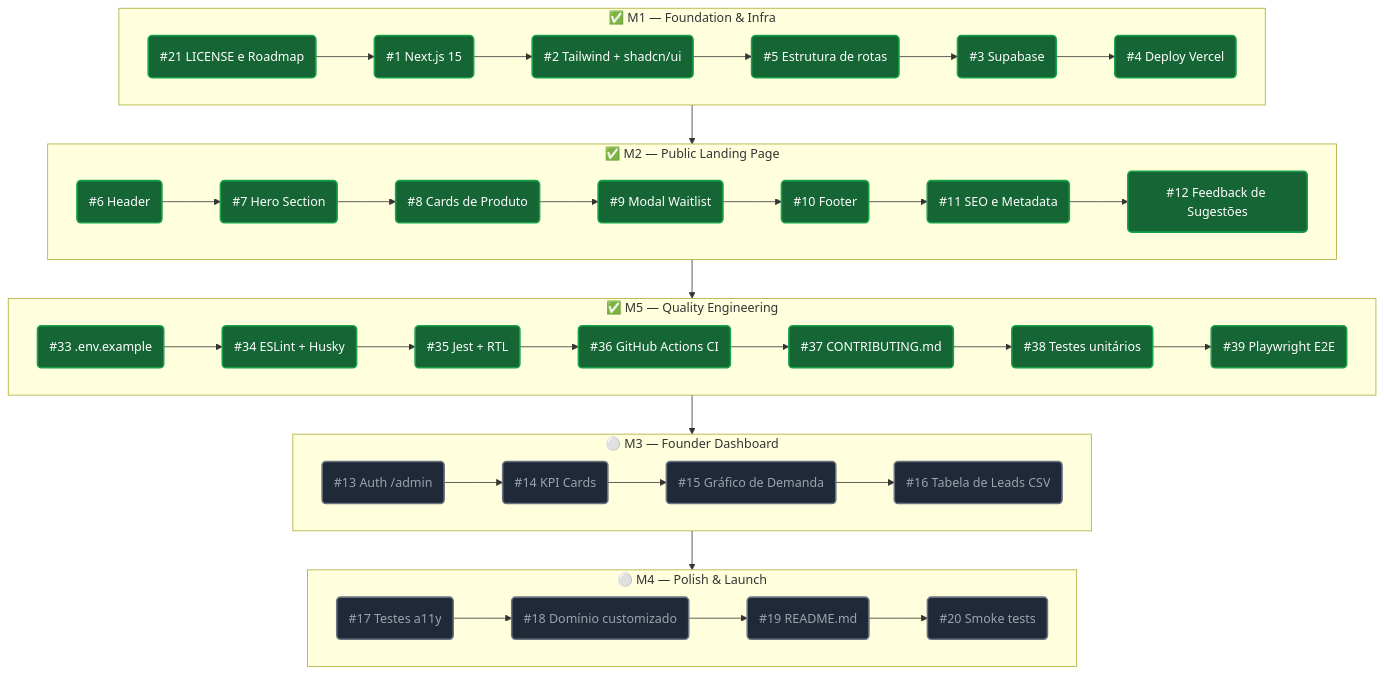
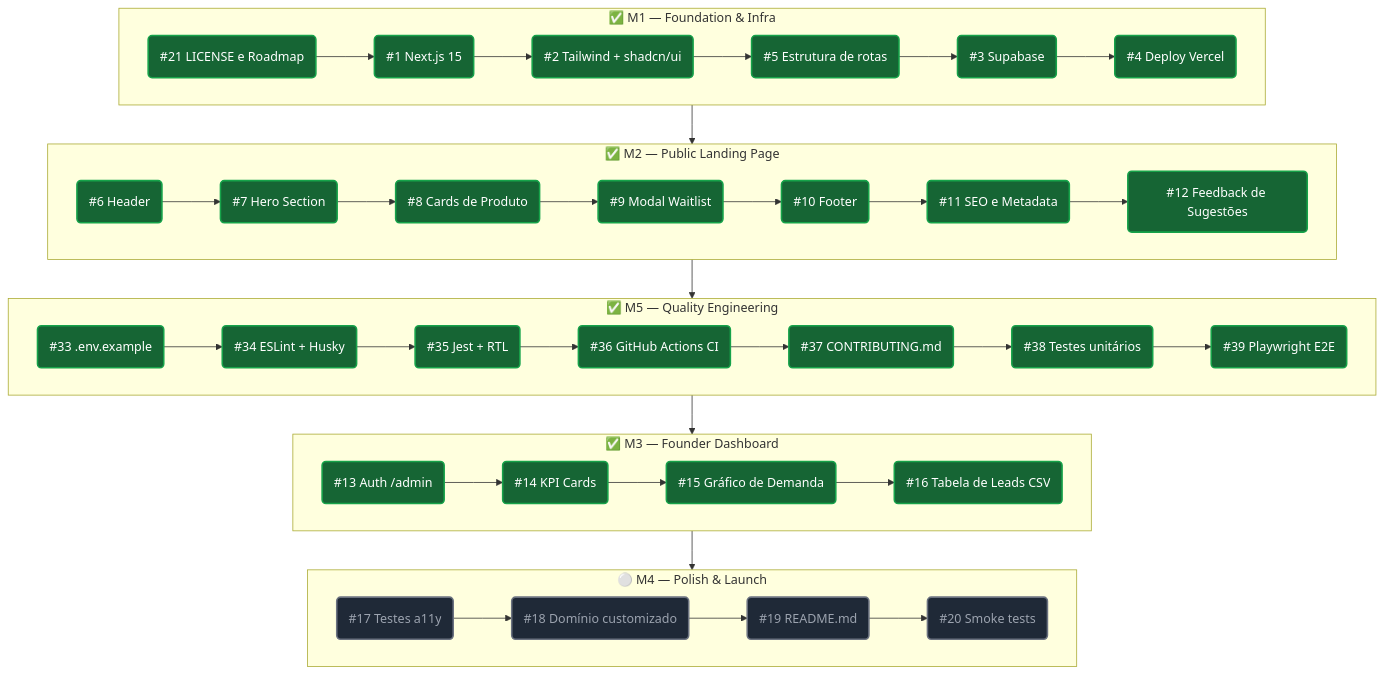
One commit to CabPiz/kairos-labs changed the diagram in ROADMAP.md. Above: the diagram before and after it, drawn with Mermaid. The commit also changed other lines of this file, not shown here.

First line of the commit message:
docs(roadmap): marca M3 — Founder Dashboard como concluído

````diff
--- a/ROADMAP.md
+++ b/ROADMAP.md
@@ -28,35 +28,35 @@
 ```mermaid
 %%{init: {'flowchart': {'curve': 'linear'}}}%%
 flowchart TD
     classDef done fill:#166534,stroke:#16a34a,stroke-width:2px,color:#fff;
     classDef active fill:#1e3a5f,stroke:#3b82f6,stroke-width:2px,color:#fff;
     classDef quality fill:#3b0764,stroke:#8b5cf6,stroke-width:2px,color:#fff;
     classDef planned fill:#1f2937,stroke:#6b7280,stroke-width:2px,color:#9ca3af;
 
     subgraph M1["✅ M1 — Foundation & Infra"]
         direction LR
         i21("#21 LICENSE e Roadmap"):::done --> i1("#1 Next.js 15"):::done --> i2("#2 Tailwind + shadcn/ui"):::done --> i5("#5 Estrutura de rotas"):::done --> i3("#3 Supabase"):::done --> i4("#4 Deploy Vercel"):::done
     end
 
     subgraph M2["✅ M2 — Public Landing Page"]
         direction LR
         i6("#6 Header"):::done --> i7("#7 Hero Section"):::done --> i8("#8 Cards de Produto"):::done --> i9("#9 Modal Waitlist"):::done --> i10("#10 Footer"):::done --> i11("#11 SEO e Metadata"):::done --> i12("#12 Feedback de Sugestões"):::done
     end
 
     subgraph M5["✅ M5 — Quality Engineering"]
         direction LR
         i33("#33 .env.example"):::done --> i34("#34 ESLint + Husky"):::done --> i35("#35 Jest + RTL"):::done --> i36("#36 GitHub Actions CI"):::done --> i37("#37 CONTRIBUTING.md"):::done --> i38("#38 Testes unitários"):::done --> i39("#39 Playwright E2E"):::done
     end
 
-    subgraph M3["⚪ M3 — Founder Dashboard"]
+    subgraph M3["✅ M3 — Founder Dashboard"]
         direction LR
-        i13("#13 Auth /admin"):::planned --> i14("#14 KPI Cards"):::planned --> i15("#15 Gráfico de Demanda"):::planned --> i16("#16 Tabela de Leads CSV"):::planned
+        i13("#13 Auth /admin"):::done --> i14("#14 KPI Cards"):::done --> i15("#15 Gráfico de Demanda"):::done --> i16("#16 Tabela de Leads CSV"):::done
     end
 
     subgraph M4["⚪ M4 — Polish & Launch"]
         direction LR
         i17("#17 Testes a11y"):::planned --> i18("#18 Domínio customizado"):::planned --> i19("#19 README.md"):::planned --> i20("#20 Smoke tests"):::planned
     end
 
     M1 --> M2 --> M5 --> M3 --> M4
 ```
````
